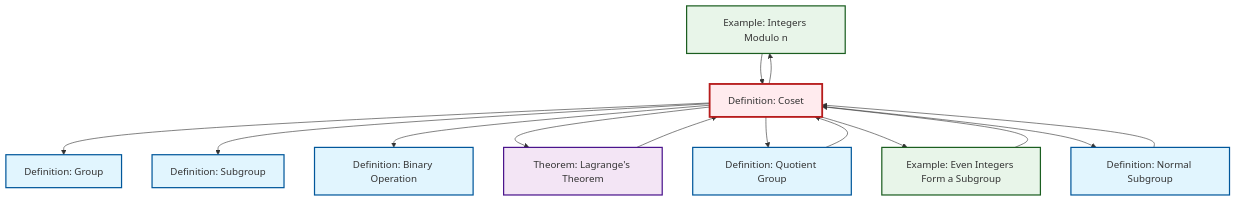
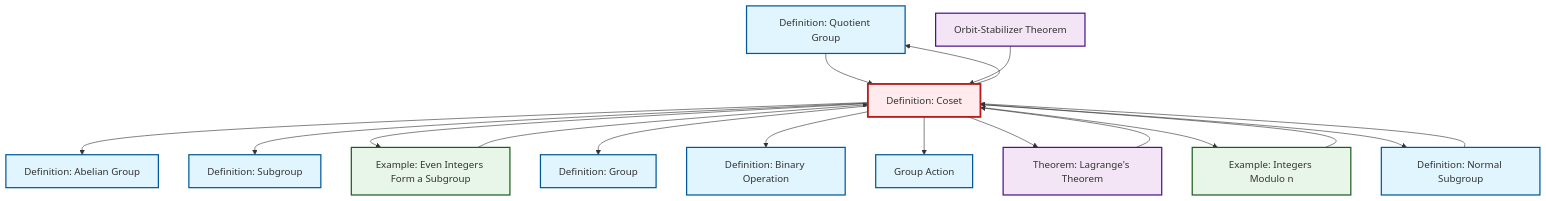
One commit to RK0429/ModernMath changed the diagram in output/mermaid/def-coset.mermaid. Above: the diagram before and after it, drawn with Mermaid. The commit also changed 474 other files, not shown here.

First line of the commit message:
Add group action content with comprehensive cross-references

```diff
--- a/output/mermaid/def-coset.mermaid
+++ b/output/mermaid/def-coset.mermaid
@@ -1,30 +1,36 @@
 %%| fig-cap: "Local dependency graph"
 graph TD
     classDef definition fill:#e1f5fe,stroke:#01579b,stroke-width:2px
     classDef theorem fill:#f3e5f5,stroke:#4a148c,stroke-width:2px
     classDef axiom fill:#fff3e0,stroke:#e65100,stroke-width:2px
     classDef example fill:#e8f5e9,stroke:#1b5e20,stroke-width:2px
     classDef current fill:#ffebee,stroke:#b71c1c,stroke-width:3px
+    def-abelian-group["Definition: Abelian Group"]:::definition
+    def-quotient-group["Definition: Quotient Group"]:::definition
     ex-quotient-integers-mod-n["Example: Integers Modulo n"]:::example
+    thm-lagrange["Theorem: Lagrange's Theorem"]:::theorem
     def-coset["Definition: Coset"]:::definition
+    def-normal-subgroup["Definition: Normal Subgroup"]:::definition
+    def-group-action["Group Action"]:::definition
+    ex-even-integers-subgroup["Example: Even Integers Form a Subgroup"]:::example
     def-group["Definition: Group"]:::definition
+    thm-orbit-stabilizer["Orbit-Stabilizer Theorem"]:::theorem
     def-binary-operation["Definition: Binary Operation"]:::definition
-    def-normal-subgroup["Definition: Normal Subgroup"]:::definition
-    def-quotient-group["Definition: Quotient Group"]:::definition
-    thm-lagrange["Theorem: Lagrange's Theorem"]:::theorem
-    ex-even-integers-subgroup["Example: Even Integers Form a Subgroup"]:::example
     def-subgroup["Definition: Subgroup"]:::definition
+    def-coset --> def-quotient-group
+    def-coset --> def-abelian-group
+    def-coset --> def-subgroup
+    def-quotient-group --> def-coset
+    thm-lagrange --> def-coset
+    def-coset --> ex-even-integers-subgroup
+    thm-orbit-stabilizer --> def-coset
+    def-coset --> def-group
+    def-coset --> def-binary-operation
+    ex-quotient-integers-mod-n --> def-coset
+    def-normal-subgroup --> def-coset
+    def-coset --> def-group-action
     ex-even-integers-subgroup --> def-coset
-    def-coset --> def-group
-    def-coset --> def-subgroup
-    def-coset --> def-binary-operation
-    thm-lagrange --> def-coset
+    def-coset --> thm-lagrange
     def-coset --> ex-quotient-integers-mod-n
-    def-coset --> thm-lagrange
-    def-coset --> def-quotient-group
-    def-quotient-group --> def-coset
-    def-normal-subgroup --> def-coset
-    def-coset --> ex-even-integers-subgroup
-    ex-quotient-integers-mod-n --> def-coset
     def-coset --> def-normal-subgroup
     class def-coset current
```
